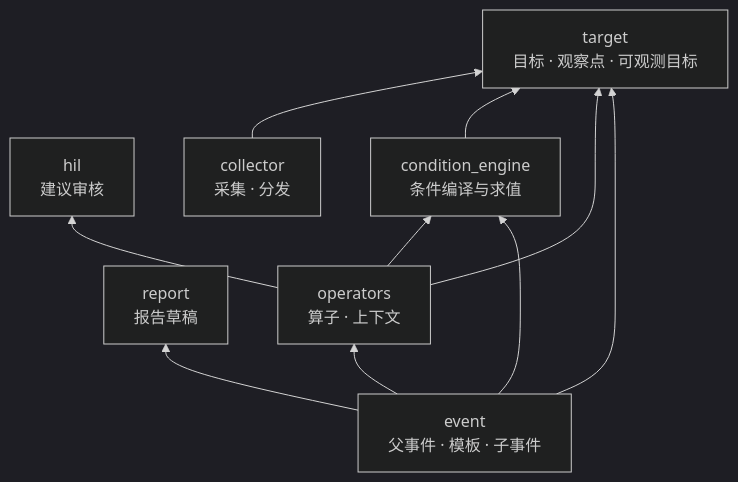
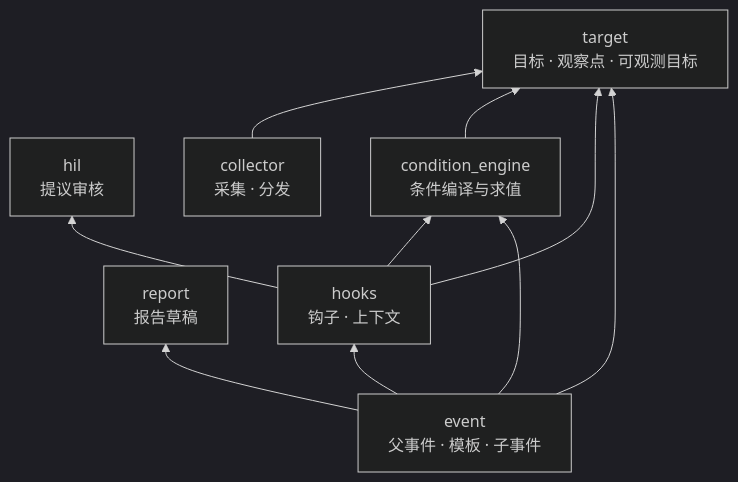
The first of 5 diagrams in README.md (Jeromexsu/Orion), drawn with Mermaid (dark theme) before and after one commit. The commit also changed other lines of this file and 51 other files, not shown here.

First line of the commit message:
refactor: rename operators to hooks and suggestions to proposals, move mounts into hooks

````diff
--- a/README.md
+++ b/README.md
@@ -36,20 +36,20 @@
 ```mermaid
 graph BT
   target["target<br/>目标 · 观察点 · 可观测目标"]
-  hil["hil<br/>建议审核"]
+  hil["hil<br/>提议审核"]
   report["report<br/>报告草稿"]
   collector["collector<br/>采集 · 分发"]
   condition["condition_engine<br/>条件编译与求值"]
-  operators["operators<br/>算子 · 上下文"]
+  hooks["hooks<br/>钩子 · 上下文"]
   event["event<br/>父事件 · 模板 · 子事件"]
 
   collector --> target
   condition --> target
-  operators --> target
-  operators --> condition
-  operators --> hil
+  hooks --> target
+  hooks --> condition
+  hooks --> hil
   event --> target
   event --> condition
-  event --> operators
+  event --> hooks
   event --> report
 ```
````
